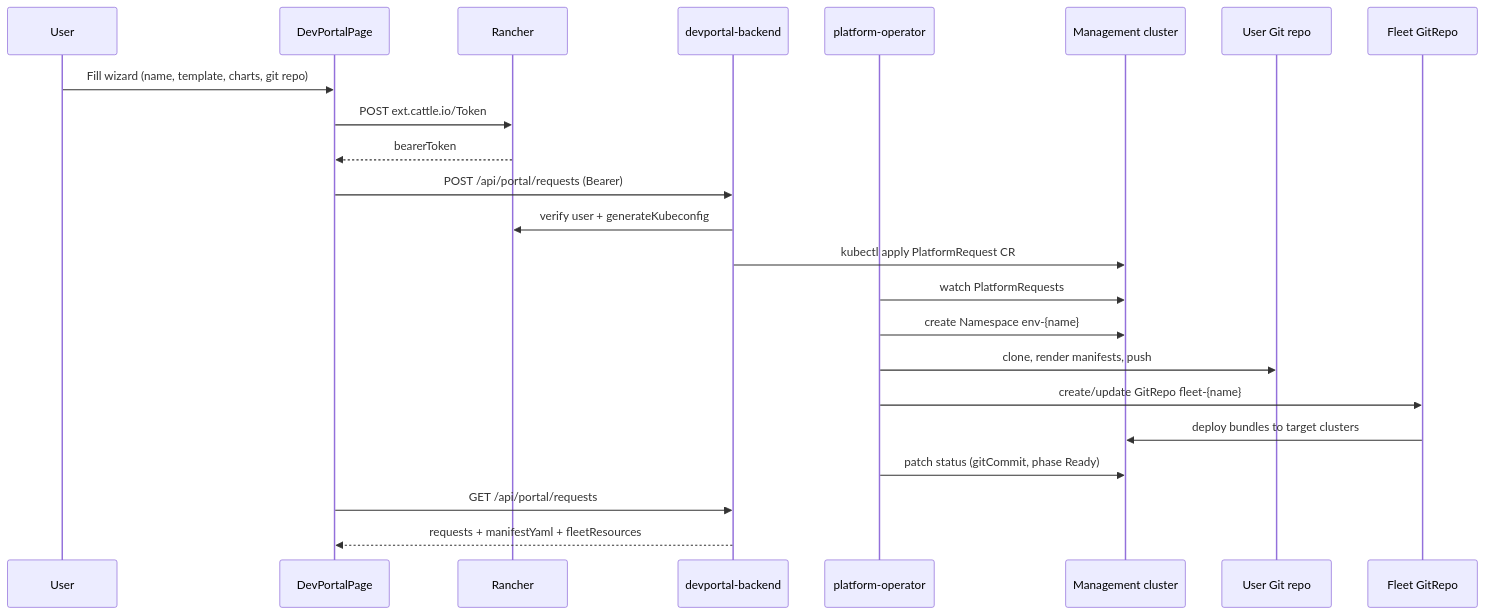
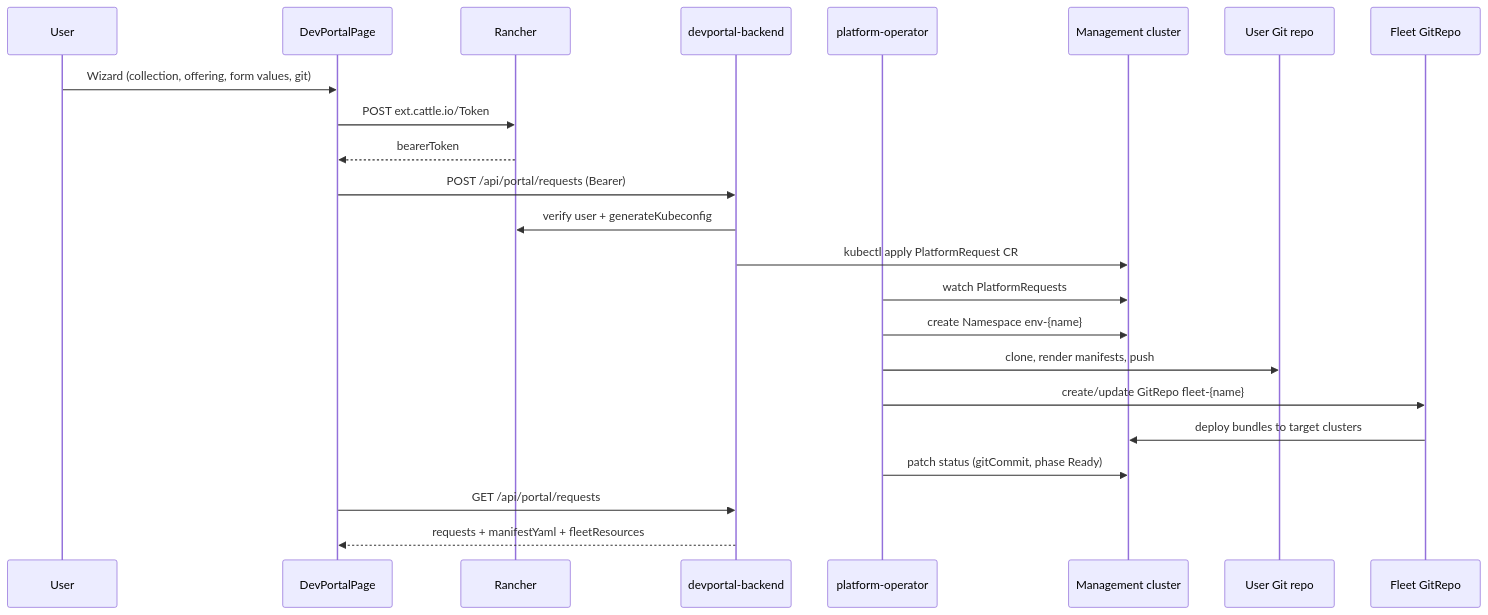
Before and after one commit to aeltai/rancher-devportal: the diagram in docs/architecture.md, drawn with Mermaid. The commit also changed other lines of this file and 53 other files, not shown here.

````diff
--- a/docs/architecture.md
+++ b/docs/architecture.md
@@ -5,26 +5,26 @@
 ```mermaid
 sequenceDiagram
   participant User
   participant UI as DevPortalPage
   participant Rancher
   participant API as devportal-backend
   participant Op as platform-operator
   participant K8s as Management cluster
   participant Git as User Git repo
   participant Fleet as Fleet GitRepo
 
-  User->>UI: Fill wizard (name, template, charts, git repo)
+  User->>UI: Wizard (collection, offering, form values, git)
   UI->>Rancher: POST ext.cattle.io/Token
   Rancher-->>UI: bearerToken
   UI->>API: POST /api/portal/requests (Bearer)
   API->>Rancher: verify user + generateKubeconfig
   API->>K8s: kubectl apply PlatformRequest CR
   Op->>K8s: watch PlatformRequests
   Op->>K8s: create Namespace env-{name}
   Op->>Git: clone, render manifests, push
   Op->>Fleet: create/update GitRepo fleet-{name}
   Fleet->>K8s: deploy bundles to target clusters
   Op->>K8s: patch status (gitCommit, phase Ready)
   UI->>API: GET /api/portal/requests
   API-->>UI: requests + manifestYaml + fleetResources
 ```
````
